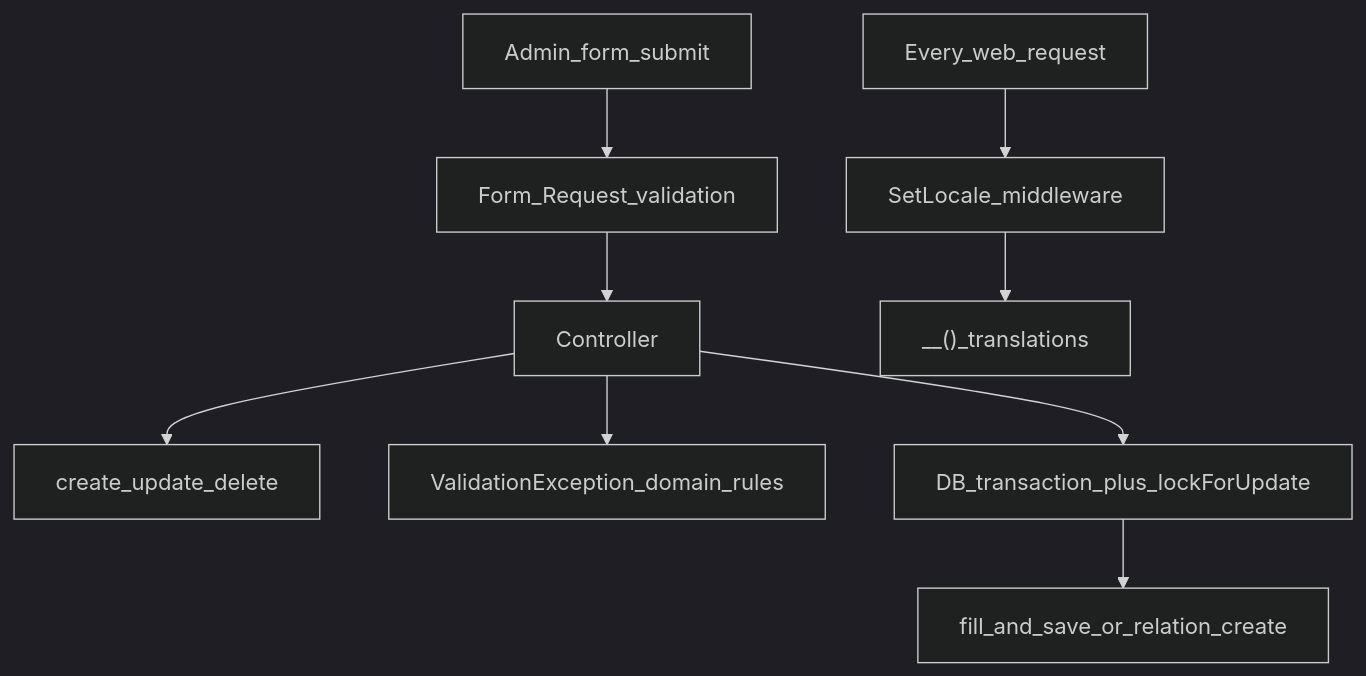
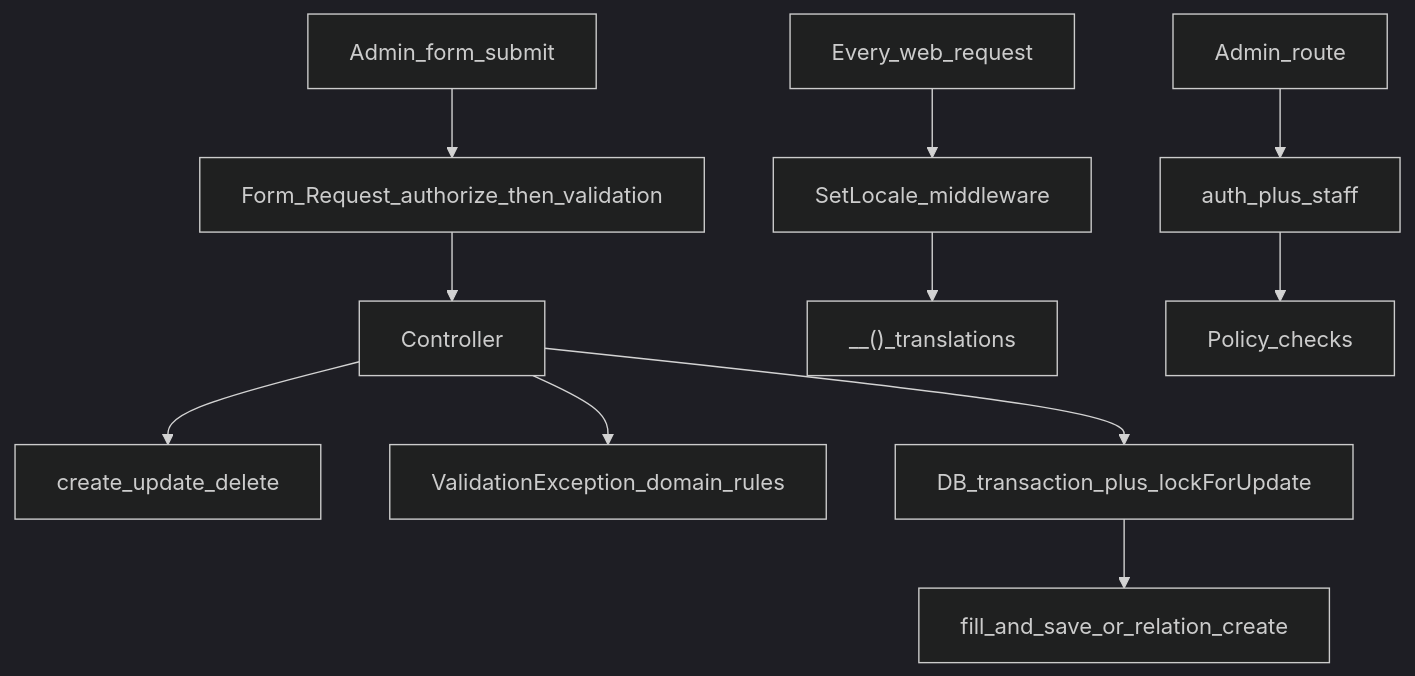
The second of 2 diagrams in LEARNING_GUIDE.md (zeyadnada/captin_perfume), drawn with Mermaid (dark theme) before and after one commit. The commit also changed other lines of this file and 35 other files, not shown here.

````diff
--- a/LEARNING_GUIDE.md
+++ b/LEARNING_GUIDE.md
@@ -255,11 +303,13 @@
 ```mermaid
 flowchart TD
-    formSubmit[Admin_form_submit] --> formRequest[Form_Request_validation]
+    formSubmit[Admin_form_submit] --> formRequest[Form_Request_authorize_then_validation]
     formRequest --> controller[Controller]
     controller --> simpleCrud[create_update_delete]
     controller --> businessRule[ValidationException_domain_rules]
     controller --> inventoryWrite[DB_transaction_plus_lockForUpdate]
     inventoryWrite --> fillSave[fill_and_save_or_relation_create]
     everyRequest[Every_web_request] --> setLocale[SetLocale_middleware]
     setLocale --> underscore["__()_translations"]
+    adminRoute[Admin_route] --> authStaff["auth_plus_staff"]
+    authStaff --> policies[Policy_checks]
 ```
````
